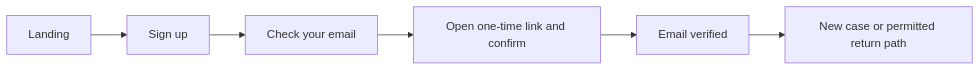
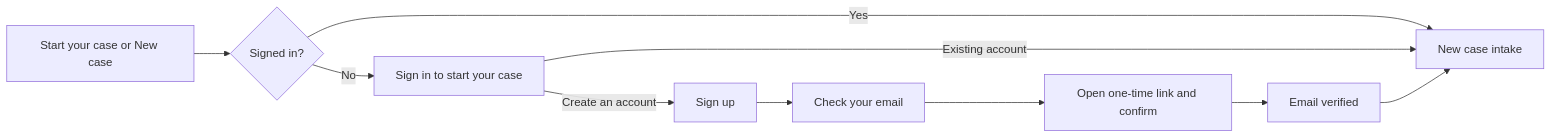
The first of 4 diagrams in design-system/AUTH.md (NinjaNate70/bayareainnovators-realestate), drawn with Mermaid before and after one commit. The commit also changed other lines of this file and 4 other files, not shown here.

Commit message:
Route Start your case to the intake wizard

````diff
--- a/design-system/AUTH.md
+++ b/design-system/AUTH.md
@@ -68,8 +69,12 @@
 ```mermaid
 flowchart LR
-  L[Landing] --> S[Sign up]
+  L[Start your case or New case] --> G{Signed in?}
+  G -->|Yes| N[New case intake]
+  G -->|No| I[Sign in to start your case]
+  I -->|Existing account| N
+  I -->|Create an account| S[Sign up]
   S --> C[Check your email]
   C --> V[Open one-time link and confirm]
   V --> E[Email verified]
-  E --> N[New case or permitted return path]
+  E --> N
 ```
````
